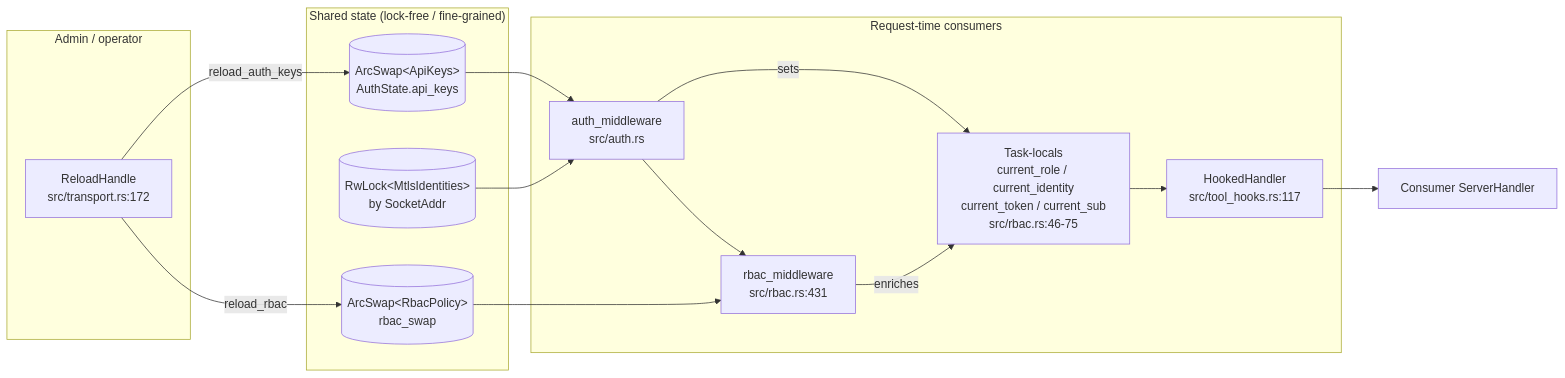
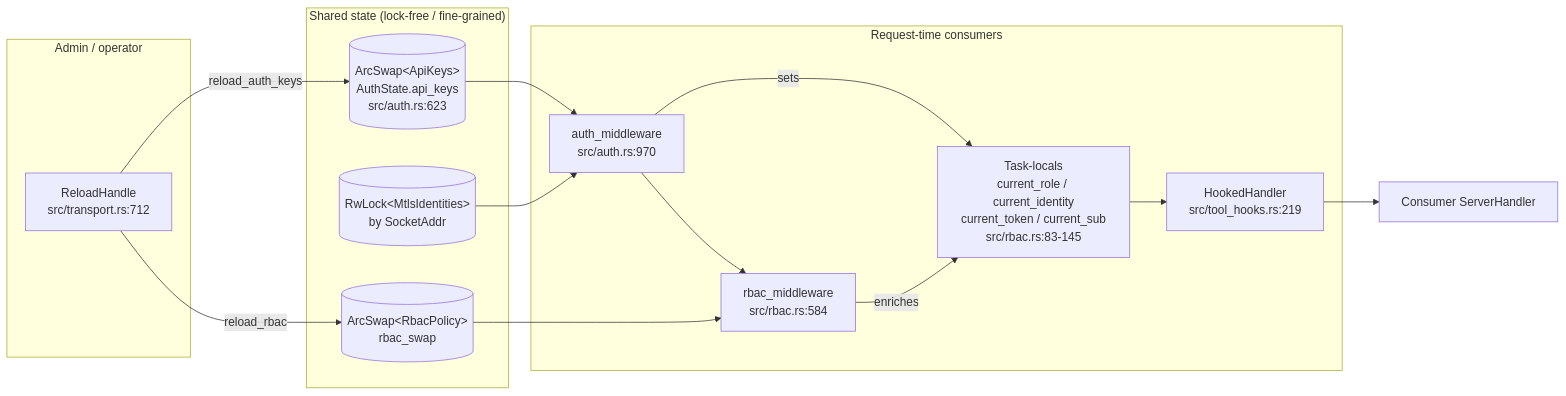
One commit to andrico21/rmcp-server-kit changed the third of 4 diagrams in docs/MINDMAP.md. Above: the diagram before and after it, drawn with Mermaid. The commit also changed other lines of this file and 7 other files, not shown here.

First line of the commit message:
docs: refresh AGENTS/ARCHITECTURE/MINDMAP/CHANGELOG for 1.3.1

````diff
--- a/docs/MINDMAP.md
+++ b/docs/MINDMAP.md
@@ -290,31 +320,31 @@
 ```mermaid
 flowchart LR
     subgraph Admin["Admin / operator"]
-        RH[ReloadHandle<br/>src/transport.rs:172]
+        RH[ReloadHandle<br/>src/transport.rs:712]
     end
 
     subgraph SharedState["Shared state (lock-free / fine-grained)"]
-        AKS[(ArcSwap&lt;ApiKeys&gt;<br/>AuthState.api_keys)]
+        AKS[(ArcSwap&lt;ApiKeys&gt;<br/>AuthState.api_keys<br/>src/auth.rs:623)]
         RBS[(ArcSwap&lt;RbacPolicy&gt;<br/>rbac_swap)]
         MTL[(RwLock&lt;MtlsIdentities&gt;<br/>by SocketAddr)]
     end
 
     subgraph Hot["Request-time consumers"]
-        AM[auth_middleware<br/>src/auth.rs]
-        BM[rbac_middleware<br/>src/rbac.rs:431]
-        TL["Task-locals<br/>current_role / current_identity<br/>current_token / current_sub<br/>src/rbac.rs:46-75"]
-        TH[HookedHandler<br/>src/tool_hooks.rs:117]
+        AM[auth_middleware<br/>src/auth.rs:970]
+        BM[rbac_middleware<br/>src/rbac.rs:584]
+        TL["Task-locals<br/>current_role / current_identity<br/>current_token / current_sub<br/>src/rbac.rs:83-145"]
+        TH[HookedHandler<br/>src/tool_hooks.rs:219]
     end
 
     RH -- reload_auth_keys --> AKS
     RH -- reload_rbac --> RBS
 
     AKS --> AM
     MTL --> AM
     AM -- sets --> TL
     AM --> BM
     RBS --> BM
     BM -- enriches --> TL
     TL --> TH
     TH --> Consumer[Consumer ServerHandler]
 ```
````
